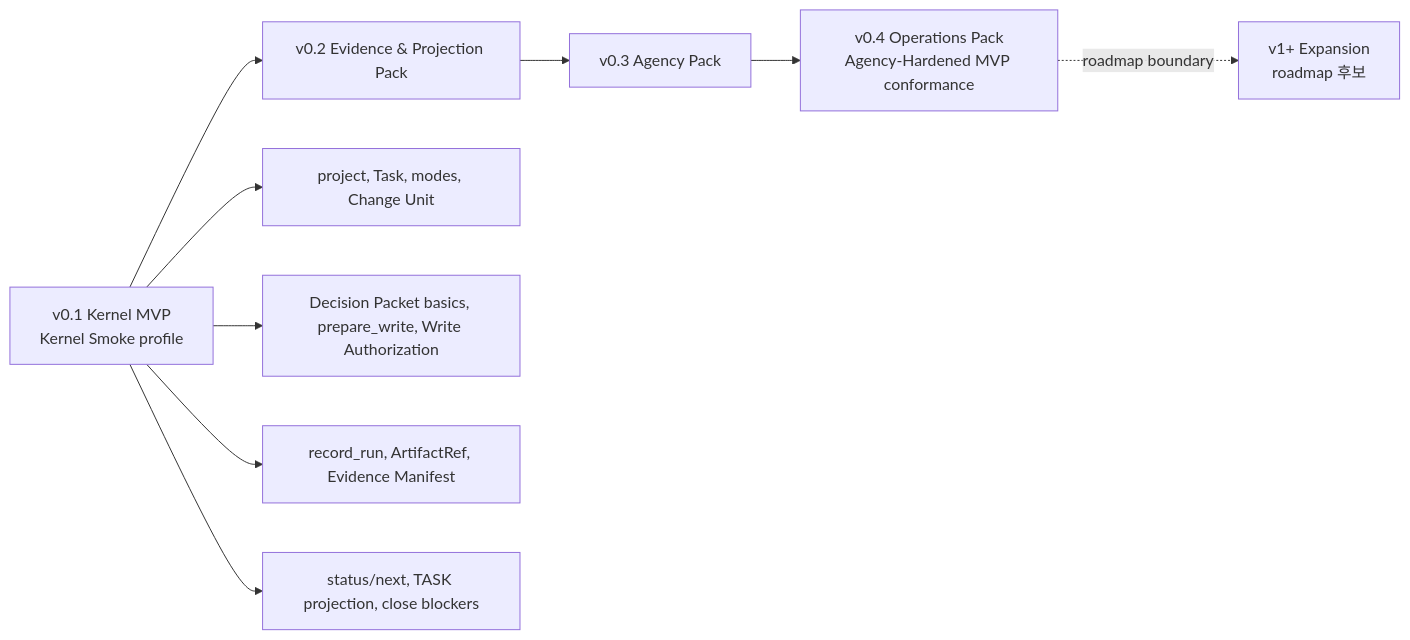
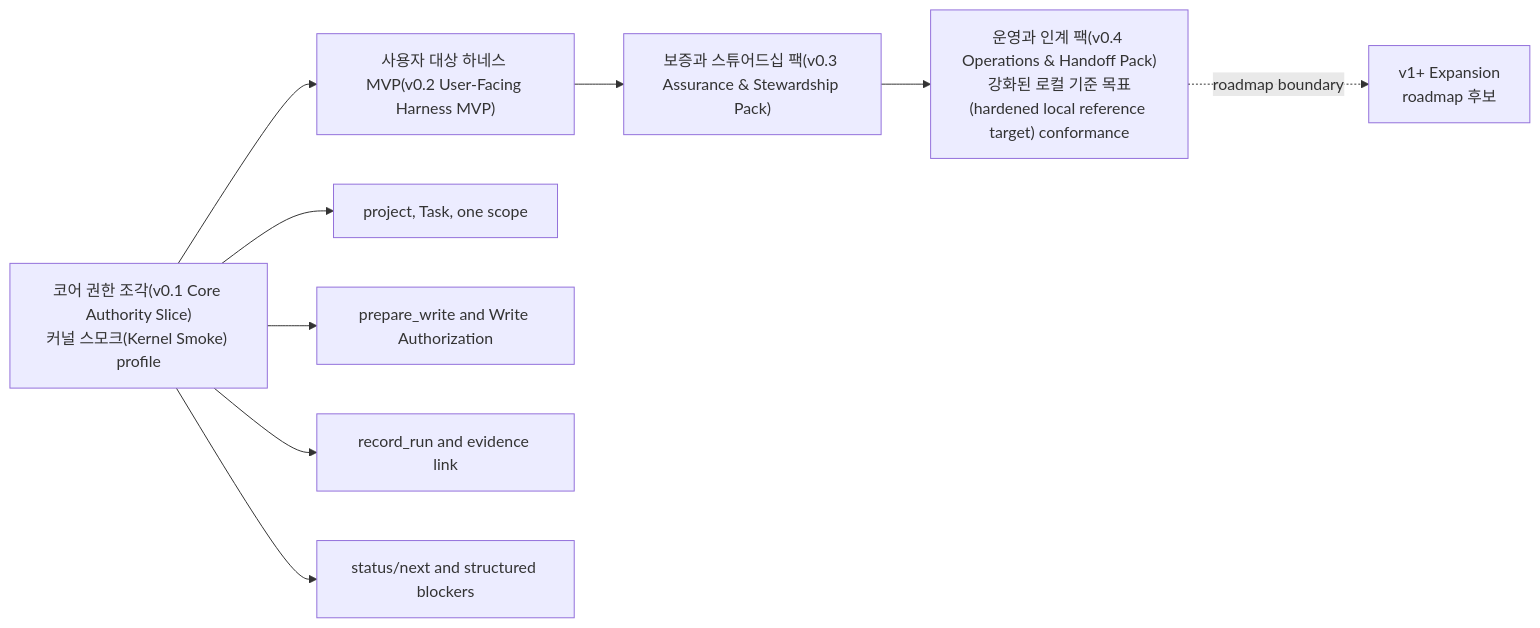
The second of 11 diagrams in docs/ko/reference/operations-and-conformance.md (minjungw00/Volicord), drawn with Mermaid before and after one commit. The commit also changed other lines of this file and 43 other files, not shown here.

Commit message:
docs: restage MVP around core user-visible value

````diff
--- a/docs/ko/reference/operations-and-conformance.md
+++ b/docs/ko/reference/operations-and-conformance.md
@@ -148,11 +148,11 @@
 ```mermaid
 flowchart LR
-  Kernel["v0.1 Kernel MVP<br/>Kernel Smoke profile"] --> Evidence["v0.2 Evidence & Projection Pack"]
-  Evidence --> Agency["v0.3 Agency Pack"]
-  Agency --> Ops["v0.4 Operations Pack<br/>Agency-Hardened MVP conformance"]
+  Kernel["코어 권한 조각(v0.1 Core Authority Slice)<br/>커널 스모크(Kernel Smoke) profile"] --> Evidence["사용자 대상 하네스 MVP(v0.2 User-Facing Harness MVP)"]
+  Evidence --> Agency["보증과 스튜어드십 팩(v0.3 Assurance & Stewardship Pack)"]
+  Agency --> Ops["운영과 인계 팩(v0.4 Operations & Handoff Pack)<br/>강화된 로컬 기준 목표(hardened local reference target) conformance"]
   Ops -. "roadmap boundary" .-> Expansion["v1+ Expansion<br/>roadmap 후보"]
-  Kernel --> K1["project, Task, modes, Change Unit"]
-  Kernel --> K2["Decision Packet basics, prepare_write, Write Authorization"]
-  Kernel --> K3["record_run, ArtifactRef, Evidence Manifest"]
-  Kernel --> K4["status/next, TASK projection, close blockers"]
+  Kernel --> K1["project, Task, one scope"]
+  Kernel --> K2["prepare_write and Write Authorization"]
+  Kernel --> K3["record_run and evidence link"]
+  Kernel --> K4["status/next and structured blockers"]
 ```
````
